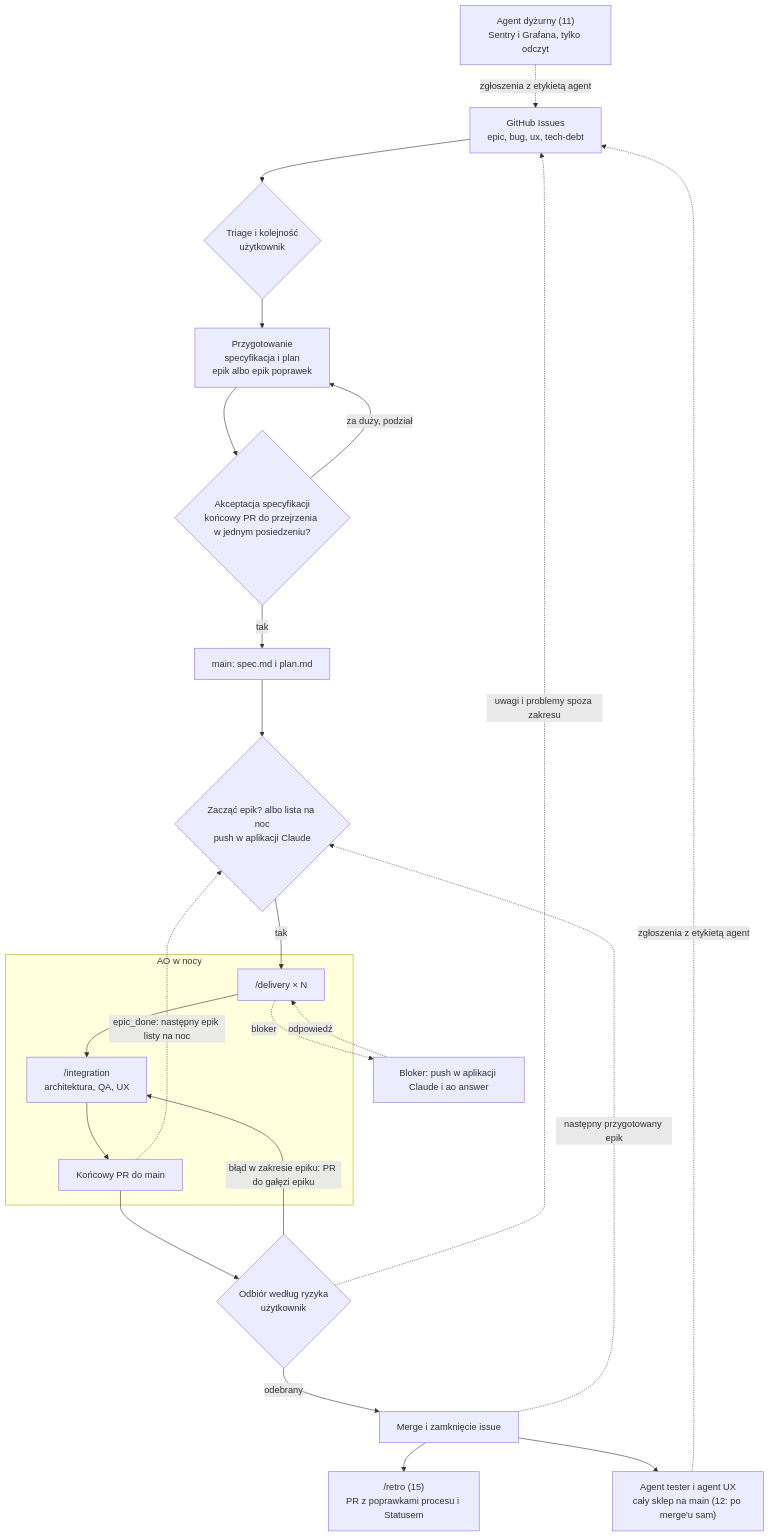
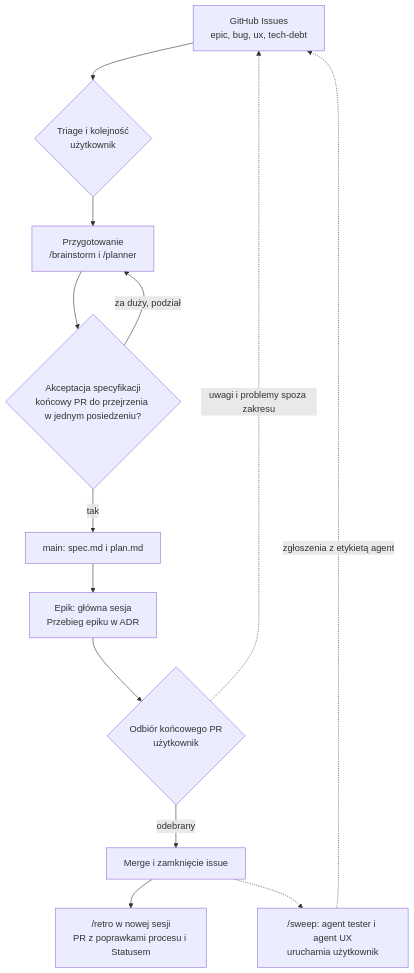
One commit to piotrp321/shop changed the diagram in docs/features/agentic-software-house/plan.md. Above: the diagram before and after it, drawn with Mermaid. The commit also changed other lines of this file and 64 other files, not shown here.

````diff
--- a/docs/features/agentic-software-house/plan.md
+++ b/docs/features/agentic-software-house/plan.md
@@ -110,33 +99,21 @@
 ```mermaid
 flowchart TB
     issues[GitHub Issues<br/>epic, bug, ux, tech-debt]
     triage{Triage i kolejność<br/>użytkownik}
-    prep["Przygotowanie<br/>specyfikacja i plan<br/>epik albo epik poprawek"]
+    prep["Przygotowanie<br/>/brainstorm i /planner"]
     accept{"Akceptacja specyfikacji<br/>końcowy PR do przejrzenia w jednym posiedzeniu?"}
     onmain[main: spec.md i plan.md]
-    start{"Zacząć epik? albo lista na noc<br/>push w aplikacji Claude"}
-    subgraph night[AO w nocy]
-        delivery["/delivery × N"] --> integration["/integration<br/>architektura, QA, UX"] --> finalpr[Końcowy PR do main]
-    end
-    blocker[Bloker: push w aplikacji Claude i ao answer]
-    review{Odbiór według ryzyka<br/>użytkownik}
+    epic["Epik: główna sesja<br/>Przebieg epiku w ADR"]
+    review{Odbiór końcowego PR<br/>użytkownik}
     merge[Merge i zamknięcie issue]
-    sweep["Agent tester i agent UX<br/>cały sklep na main (12: po merge'u sam)"]
-    retro["/retro (15)<br/>PR z poprawkami procesu i Statusem"]
-    oncall["Agent dyżurny (11)<br/>Sentry i Grafana, tylko odczyt"]
+    sweep["/sweep: agent tester i agent UX<br/>uruchamia użytkownik"]
+    retro["/retro w nowej sesji<br/>PR z poprawkami procesu i Statusem"]
 
     issues --> triage --> prep --> accept
-    merge --> retro
     accept -- za duży, podział --> prep
-    accept -- tak --> onmain --> start
-    start -- tak --> delivery
-    delivery -. bloker .-> blocker -. odpowiedź .-> delivery
-    finalpr --> review
-    review -- błąd w zakresie epiku: PR do gałęzi epiku --> integration
-    review -- odebrany --> merge --> sweep
-    merge -. następny przygotowany epik .-> start
-    finalpr -. epic_done: następny epik listy na noc .-> start
+    accept -- tak --> onmain --> epic --> review
+    review -- odebrany --> merge --> retro
+    merge -.-> sweep
     review -. uwagi i problemy spoza zakresu .-> issues
     sweep -. zgłoszenia z etykietą agent .-> issues
-    oncall -. zgłoszenia z etykietą agent .-> issues
 ```
````
